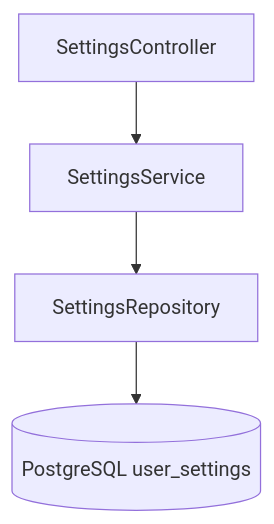
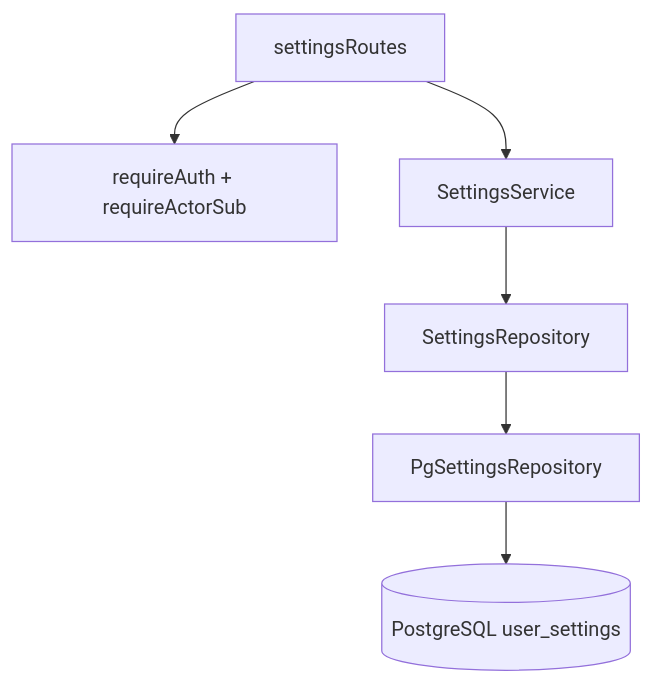
The first of 2 diagrams in docs/architecture/modules/input-preferences-module.md (TommyKolb/GlossaDocs), drawn with Mermaid before and after one commit. The commit also changed other lines of this file and 10 other files, not shown here.

````diff
--- a/docs/architecture/modules/input-preferences-module.md
+++ b/docs/architecture/modules/input-preferences-module.md
@@ -17,6 +21,14 @@
 ```mermaid
 flowchart TB
-  setCtrl[SettingsController] --> setSvc[SettingsService]
-  setSvc --> setRepo[SettingsRepository]
-  setRepo --> db[(PostgreSQL user_settings)]
+  sr[settingsRoutes]
+  ra[requireAuth + requireActorSub]
+  svc[SettingsService]
+  repo[SettingsRepository]
+  pg[PgSettingsRepository]
+  db[(PostgreSQL user_settings)]
+  sr --> ra
+  sr --> svc
+  svc --> repo
+  repo --> pg
+  pg --> db
 ```
````
